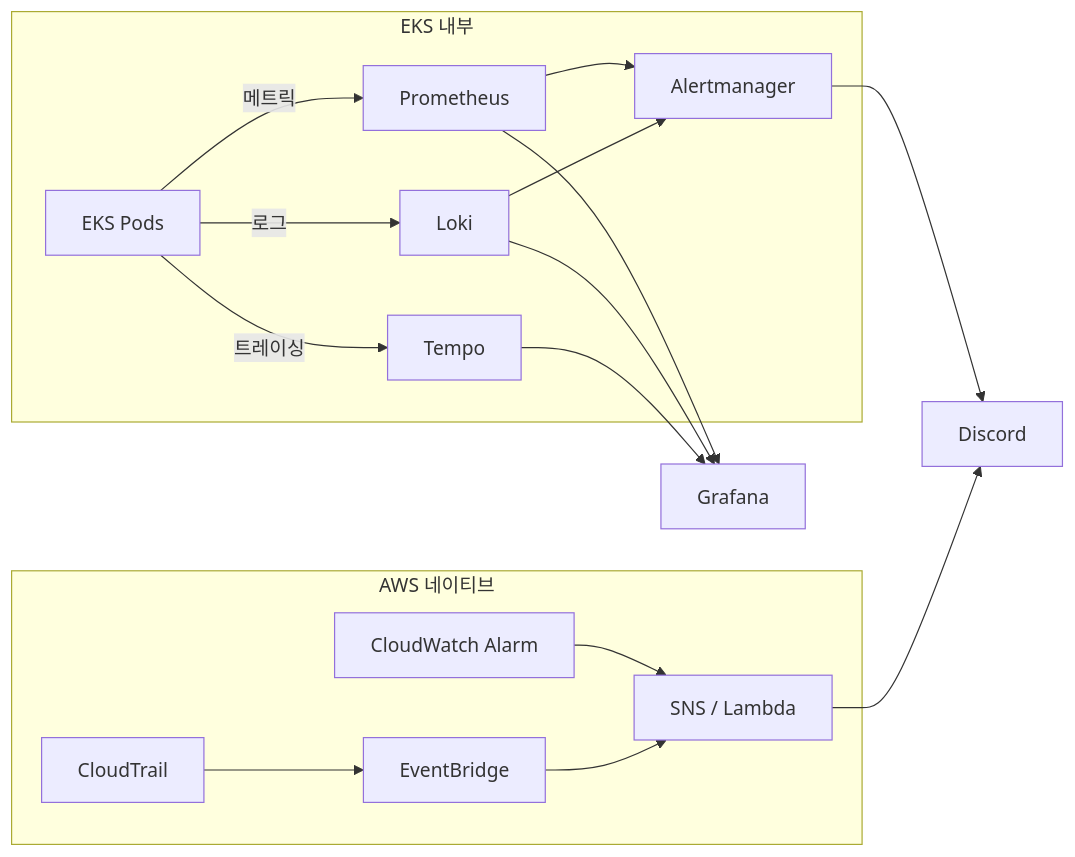
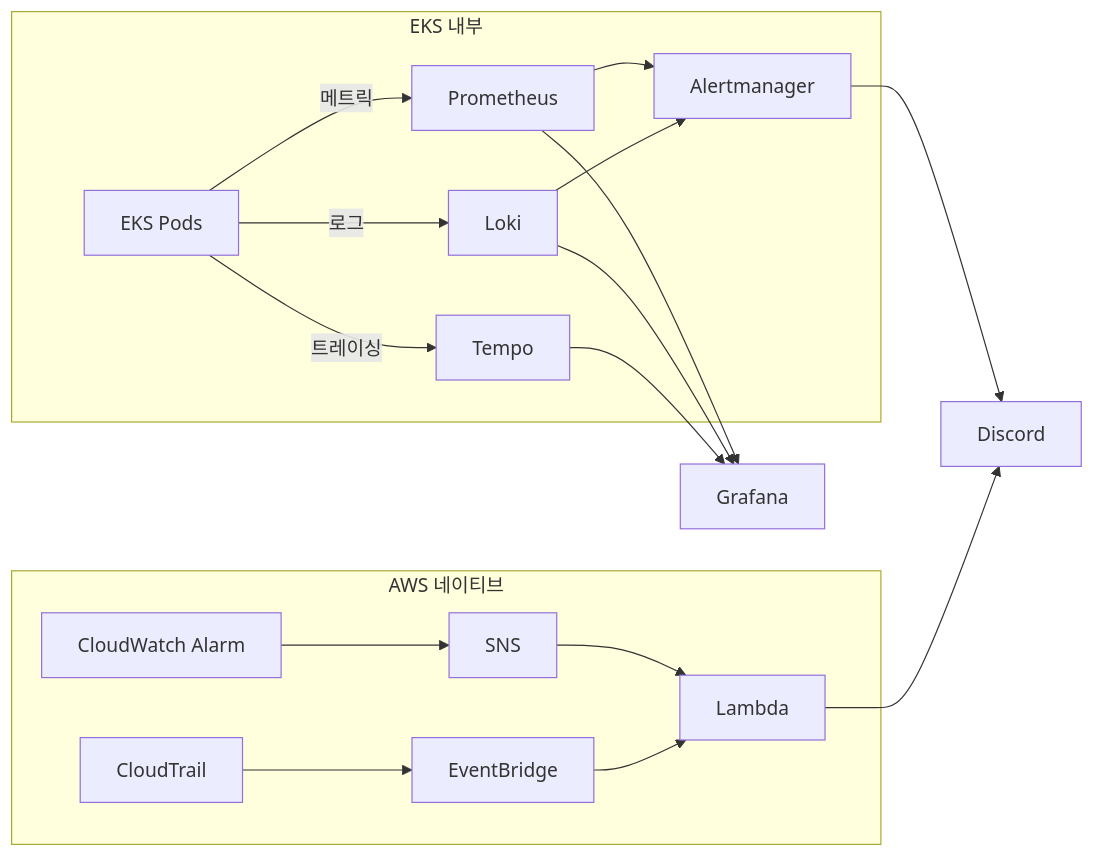
One commit to goorm-gongbang/001-finalPR changed the diagram in docs/content/infrastructure/monitoring.md. Above: the diagram before and after it, drawn with Mermaid. The commit also changed other lines of this file and 3 other files, not shown here.

````diff
--- a/docs/content/infrastructure/monitoring.md
+++ b/docs/content/infrastructure/monitoring.md
@@ -9,34 +9,36 @@
 ```mermaid
 flowchart LR
     subgraph EKS["EKS 내부"]
         EKS_PODS[EKS Pods]
         PROM[Prometheus]
         LOKI[Loki]
         TEMPO[Tempo]
         ALERT[Alertmanager]
     end
 
     subgraph AWS["AWS 네이티브"]
         CW[CloudWatch Alarm]
         CT[CloudTrail]
         EB[EventBridge]
-        SNS[SNS / Lambda]
+        SNS[SNS]
+        LAMBDA[Lambda]
     end
 
     GRAF[Grafana]
     DISCORD[Discord]
 
     EKS_PODS -->|메트릭| PROM
     EKS_PODS -->|로그| LOKI
     EKS_PODS -->|트레이싱| TEMPO
 
     PROM --> GRAF
     LOKI --> GRAF
     TEMPO --> GRAF
     PROM --> ALERT
     LOKI --> ALERT
     ALERT --> DISCORD
 
-    CW --> SNS --> DISCORD
-    CT --> EB --> SNS
+    CW --> SNS
+    SNS --> LAMBDA --> DISCORD
+    CT --> EB --> LAMBDA
 ```
````
